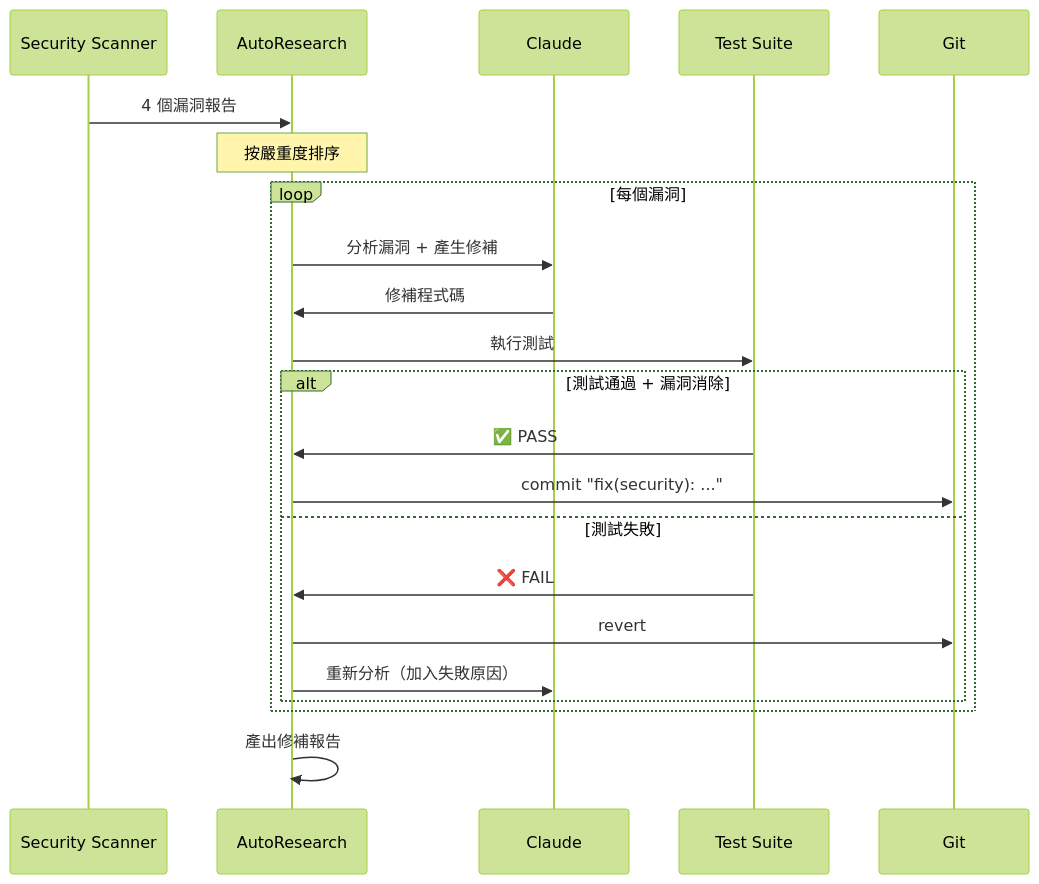
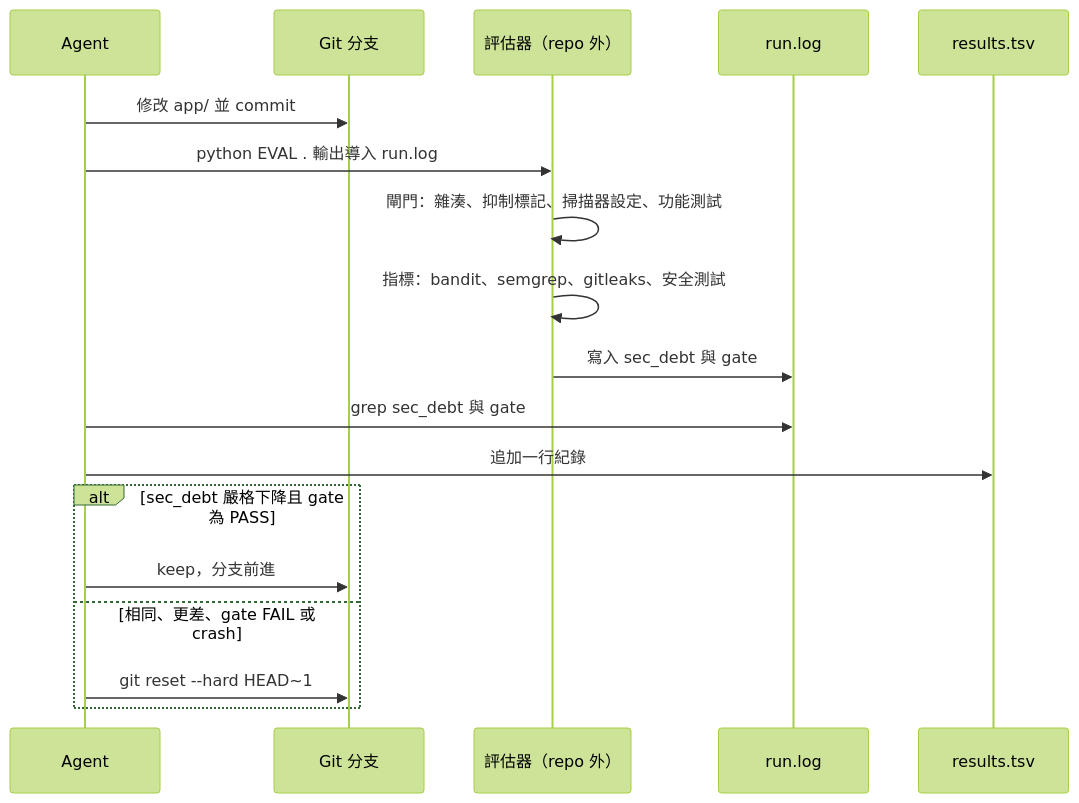
Before and after one commit to chihhung/Blog: the seventh of 7 diagrams in content/posts/教學/AI開發/AutoResearch 驅動 SSDLC（安全軟體開發生命週期）教學手冊.md, drawn with Mermaid (forest theme). The commit also changed other lines of this file and 4 other files, not shown here.

Commit message:
docs:update opencode and paperclip, AutoResearch doc

````diff
--- a/content/posts/教學/AI開發/AutoResearch 驅動 SSDLC（安全軟體開發生命週期）教學手冊.md
+++ b/content/posts/教學/AI開發/AutoResearch 驅動 SSDLC（安全軟體開發生命週期）教學手冊.md
@@ -3460,27 +3371,20 @@
 ```mermaid
 sequenceDiagram
-    participant SCAN as Security Scanner
-    participant AR as AutoResearch
-    participant LLM as Claude
-    participant TEST as Test Suite
-    participant GIT as Git
-
-    SCAN->>AR: 4 個漏洞報告
-    Note over AR: 按嚴重度排序
-
-    loop 每個漏洞
-        AR->>LLM: 分析漏洞 + 產生修補
-        LLM->>AR: 修補程式碼
-        AR->>TEST: 執行測試
-        alt 測試通過 + 漏洞消除
-            TEST->>AR: ✅ PASS
-            AR->>GIT: commit "fix(security): ..."
-        else 測試失敗
-            TEST->>AR: ❌ FAIL
-            AR->>GIT: revert
-            AR->>LLM: 重新分析（加入失敗原因）
-        end
+    participant AG as Agent
+    participant GIT as Git 分支
+    participant EV as 評估器（repo 外）
+    participant LOG as run.log
+    participant TSV as results.tsv
+    AG->>GIT: 修改 app/ 並 commit
+    AG->>EV: python EVAL . 輸出導入 run.log
+    EV->>EV: 閘門：雜湊、抑制標記、掃描器設定、功能測試
+    EV->>EV: 指標：bandit、semgrep、gitleaks、安全測試
+    EV->>LOG: 寫入 sec_debt 與 gate
+    AG->>LOG: grep sec_debt 與 gate
+    AG->>TSV: 追加一行紀錄
+    alt sec_debt 嚴格下降且 gate 為 PASS
+        AG->>GIT: keep，分支前進
+    else 相同、更差、gate FAIL 或 crash
+        AG->>GIT: git reset --hard HEAD~1
     end
-
-    AR->>AR: 產出修補報告
 ```
````
